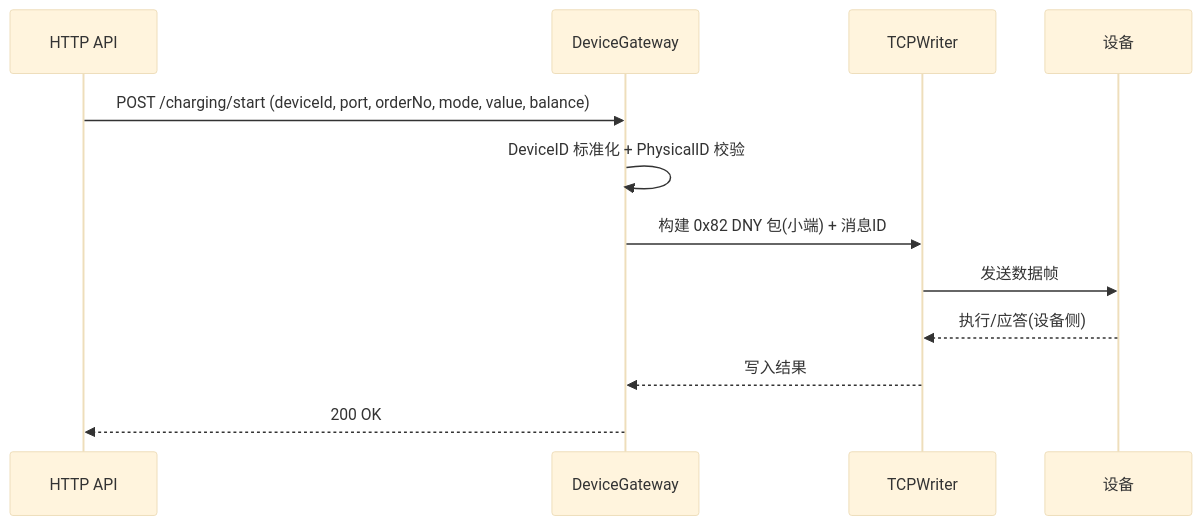
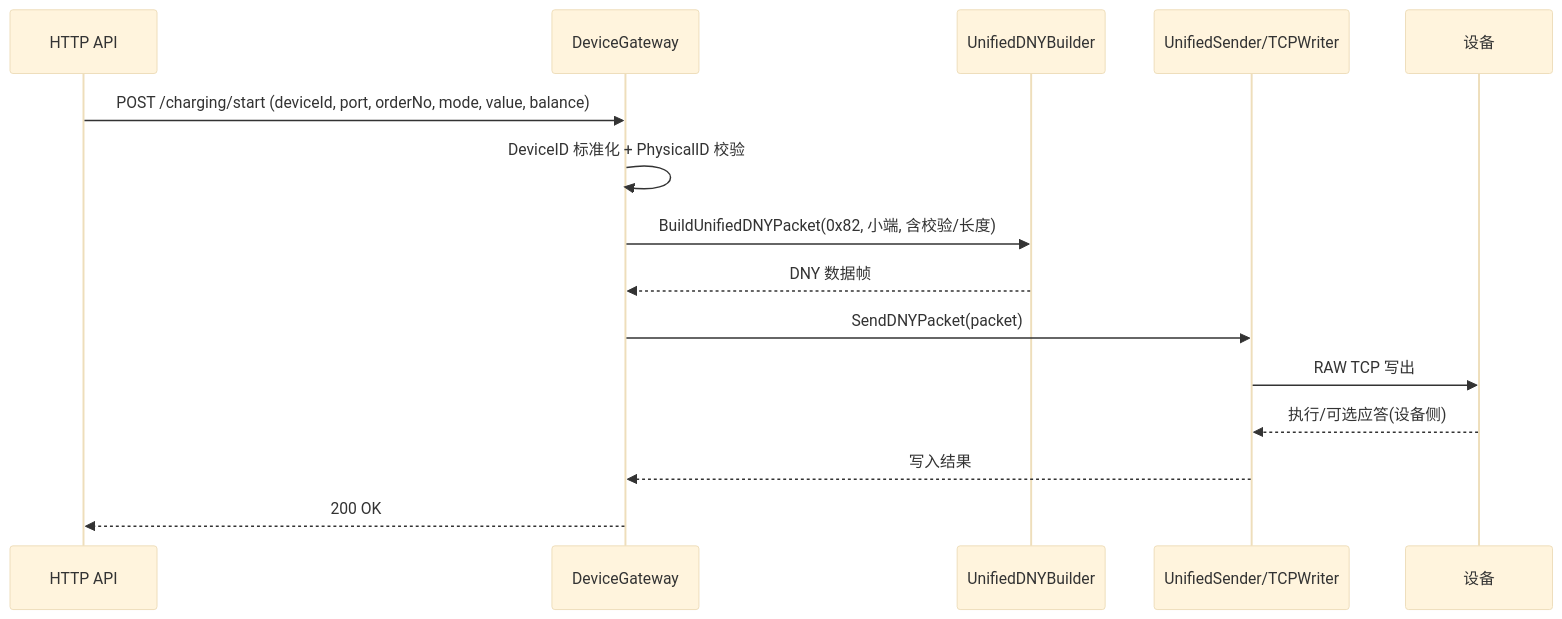
One commit to taoyao-code/iot-zinx changed the diagram in docs/architecture/ap3000-mapping.md. Above: the diagram before and after it, drawn with Mermaid (base theme). The commit also changed other lines of this file and 6 other files, not shown here.

````diff
--- a/docs/architecture/ap3000-mapping.md
+++ b/docs/architecture/ap3000-mapping.md
@@ -69,14 +68,17 @@
 ```mermaid
 sequenceDiagram
   participant API as HTTP API
   participant GW as DeviceGateway
-  participant TW as TCPWriter
+  participant B as UnifiedDNYBuilder
+  participant S as UnifiedSender/TCPWriter
   participant DEV as 设备
   API->>GW: POST /charging/start (deviceId, port, orderNo, mode, value, balance)
   GW->>GW: DeviceID 标准化 + PhysicalID 校验
-  GW->>TW: 构建 0x82 DNY 包(小端) + 消息ID
-  TW->>DEV: 发送数据帧
-  DEV-->>TW: 执行/应答(设备侧)
-  TW-->>GW: 写入结果
+  GW->>B: BuildUnifiedDNYPacket(0x82, 小端, 含校验/长度)
+  B-->>GW: DNY 数据帧
+  GW->>S: SendDNYPacket(packet)
+  S->>DEV: RAW TCP 写出
+  DEV-->>S: 执行/可选应答(设备侧)
+  S-->>GW: 写入结果
   GW-->>API: 200 OK
 ```
````
